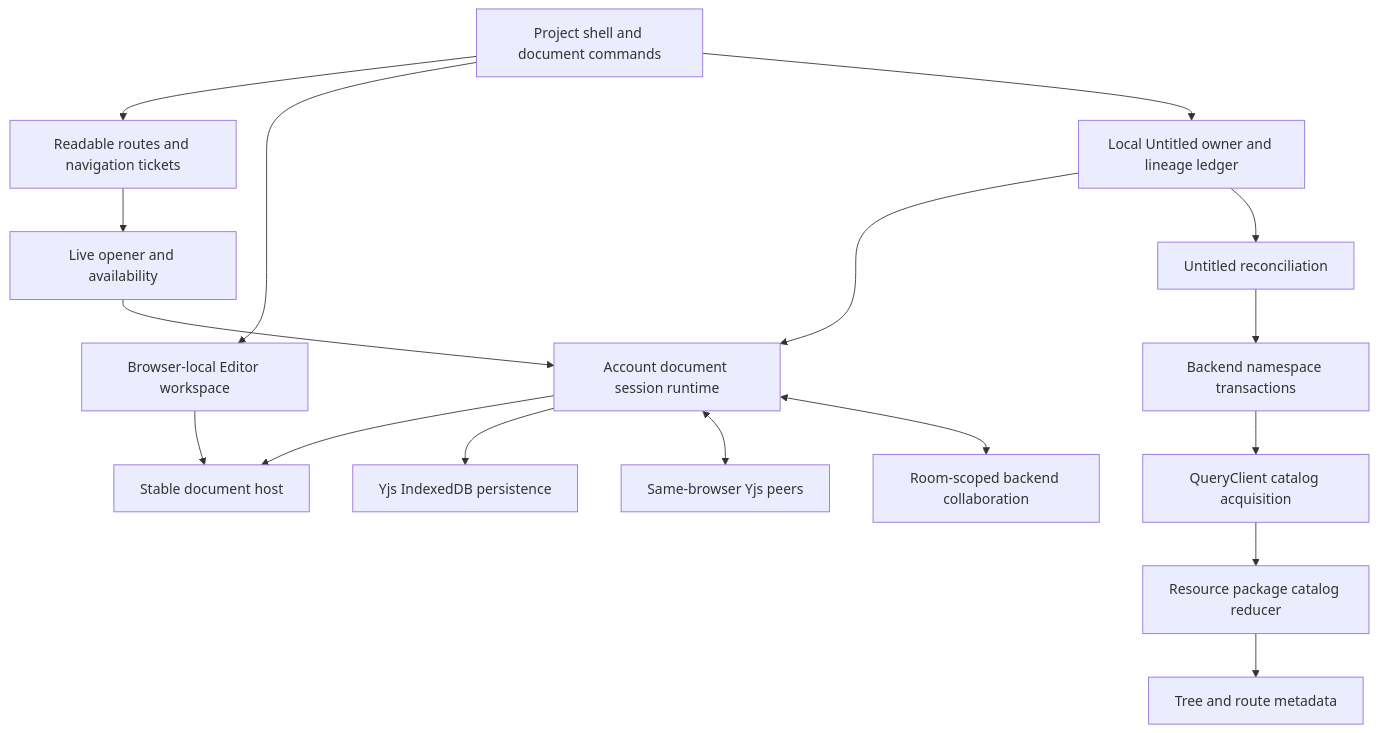
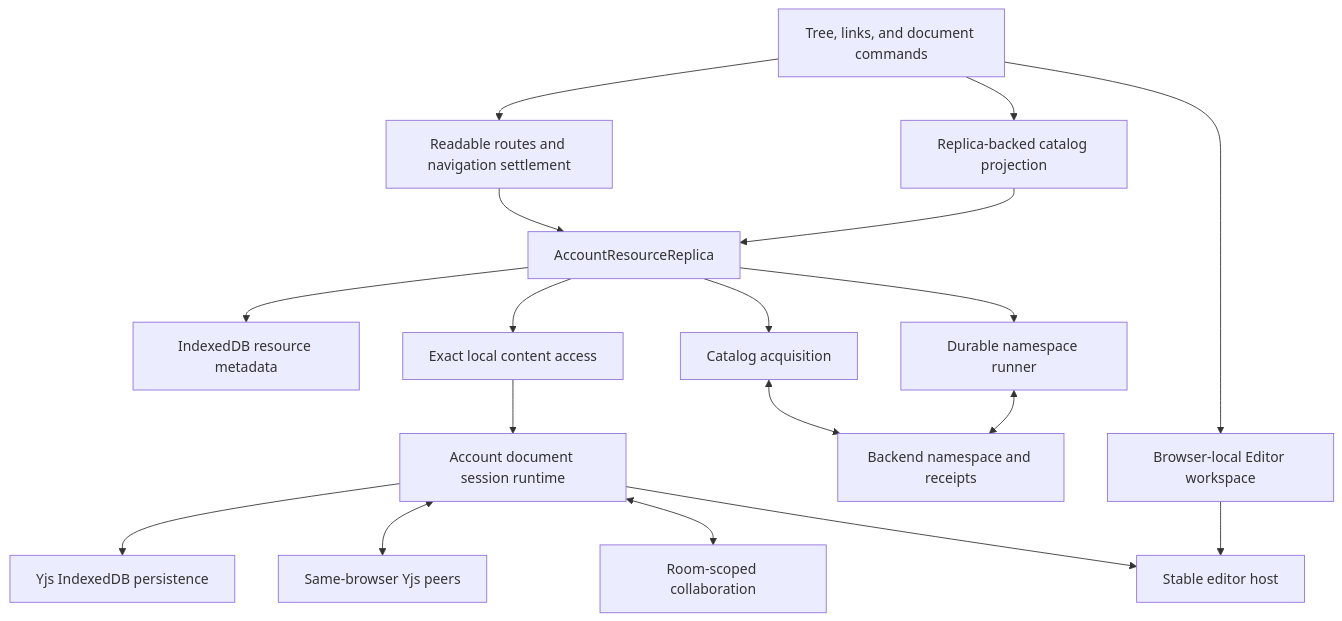
Before and after one commit to haowjy/meridian-flow: the diagram in apps/app/src/features/project/.context/resource-lifecycle-architecture.md, drawn with Mermaid. The commit also changed other lines of this file and 146 other files, not shown here.

Commit message:
Activate the local-first document lifecycle

````diff
--- a/apps/app/src/features/project/.context/resource-lifecycle-architecture.md
+++ b/apps/app/src/features/project/.context/resource-lifecycle-architecture.md
@@ -7,19 +7,20 @@
 ```mermaid
 flowchart TD
-  UI[Project shell and document commands] --> NAV[Readable routes and navigation tickets]
+  UI[Tree, links, and document commands] --> VIEW[Replica-backed catalog projection]
+  UI --> NAV[Readable routes and navigation settlement]
   UI --> WS[Browser-local Editor workspace]
-  NAV --> OPEN[Live opener and availability]
-  OPEN --> SESSION[Account document session runtime]
-  UI --> LOCAL[Local Untitled owner and lineage ledger]
-  LOCAL --> SESSION
-  LOCAL --> REC[Untitled reconciliation]
-  REC --> API[Backend namespace transactions]
-  API --> QUERY[QueryClient catalog acquisition]
-  QUERY --> RED[Resource package catalog reducer]
-  RED --> TREE[Tree and route metadata]
-  WS --> HOST[Stable document host]
-  SESSION --> HOST
+  VIEW --> REPLICA[AccountResourceReplica]
+  NAV --> REPLICA
+  REPLICA --> META[IndexedDB resource metadata]
+  REPLICA --> NS[Durable namespace runner]
+  REPLICA --> CONTENT[Exact local content access]
+  REPLICA --> CATALOG[Catalog acquisition]
+  NS <--> API[Backend namespace and receipts]
+  CATALOG <--> API
+  CONTENT --> SESSION[Account document session runtime]
   SESSION --> IDB[Yjs IndexedDB persistence]
   SESSION <--> PEER[Same-browser Yjs peers]
-  SESSION <--> SERVER[Room-scoped backend collaboration]
+  SESSION <--> SERVER[Room-scoped collaboration]
+  WS --> HOST[Stable editor host]
+  SESSION --> HOST
 ```
````
